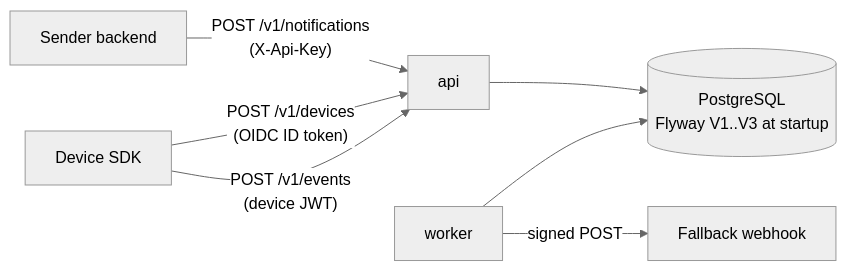
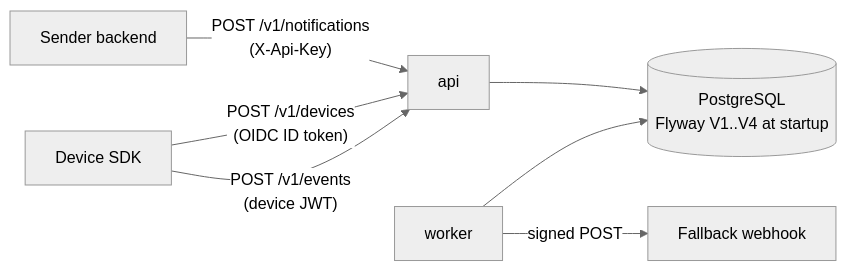
Before and after one commit to valentirob/reliable-push: the first of 2 diagrams in docs/architecture.md, drawn with Mermaid (neutral theme). The commit also changed other lines of this file and 20 other files, not shown here.

Commit message:
docs: ops dashboard guide, diagrams, slides and requirements

````diff
--- a/docs/architecture.md
+++ b/docs/architecture.md
@@ -21,9 +21,9 @@
 ```mermaid
 flowchart LR
   SB["Sender backend"] -- "POST /v1/notifications<br/>(X-Api-Key)" --> API["api"]
   SDK["Device SDK"] -- "POST /v1/devices<br/>(OIDC ID token)" --> API
   SDK -- "POST /v1/events<br/>(device JWT)" --> API
-  API --> DB[("PostgreSQL<br/>Flyway V1..V3 at startup")]
+  API --> DB[("PostgreSQL<br/>Flyway V1..V4 at startup")]
   WRK["worker"] --> DB
   WRK -- "signed POST" --> FW["Fallback webhook"]
 ```
````
